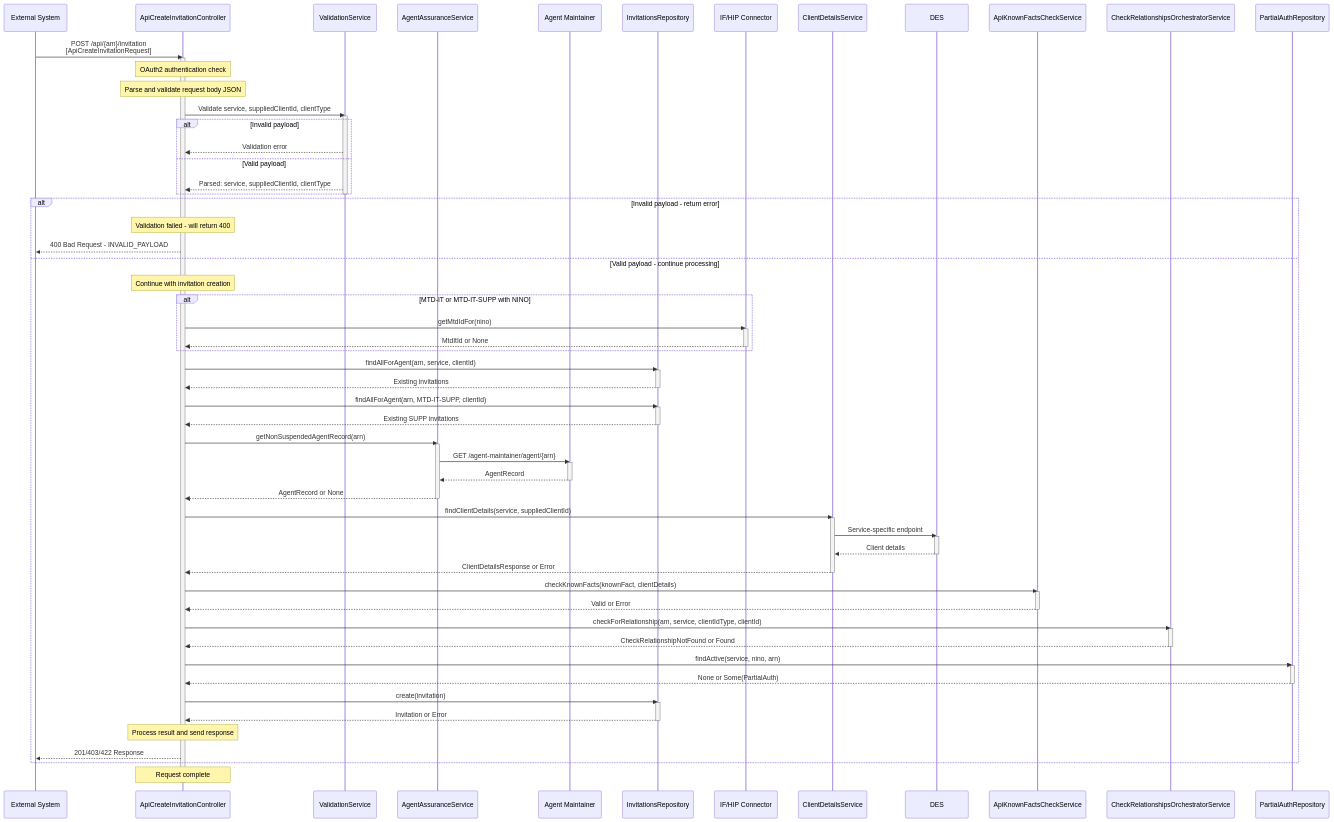
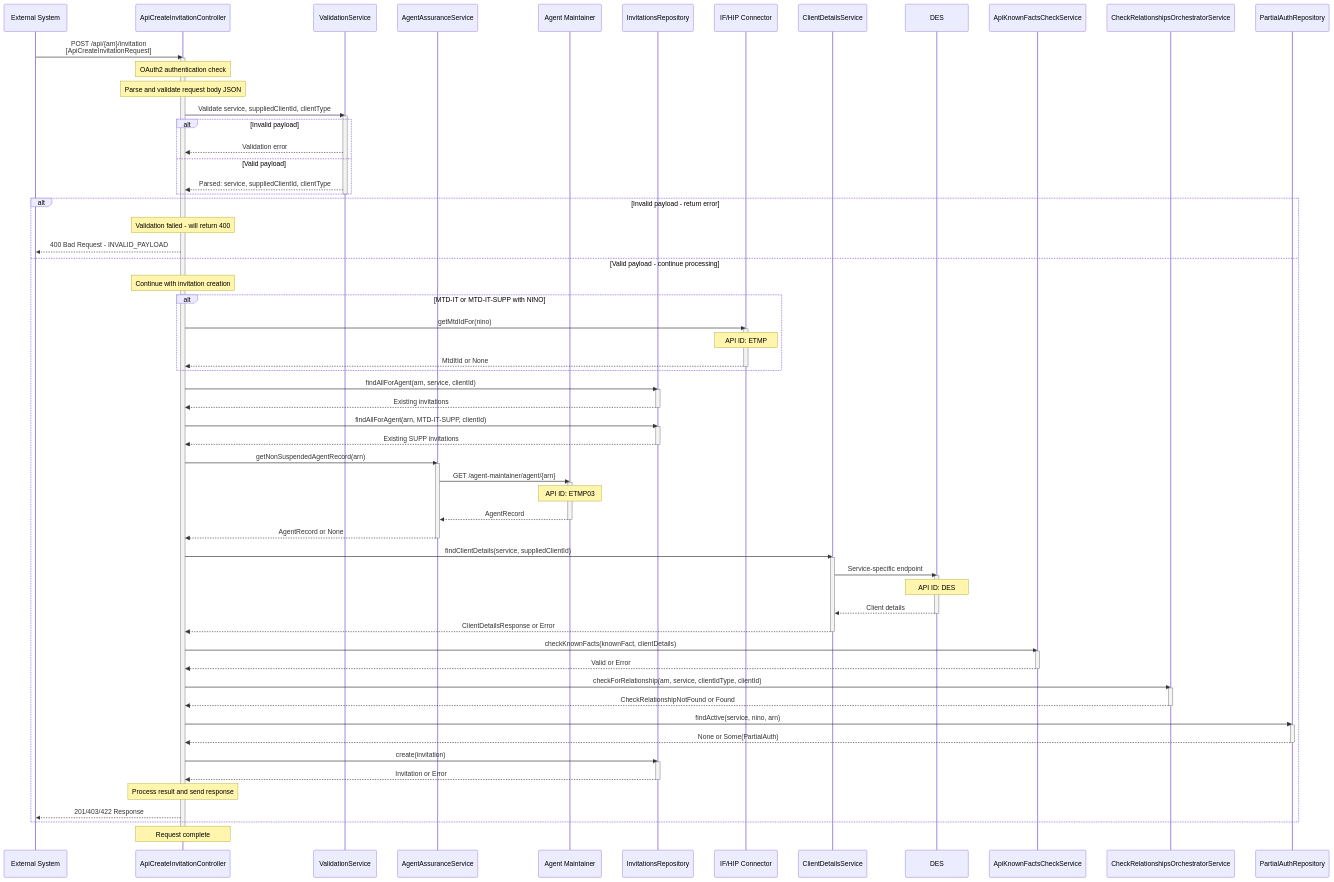
The diagram in service-dependency-map/agent-client-relationships/ACR31/ACR31.mmd (hmrc/agent-client-relationships), drawn with Mermaid before and after one commit. The commit also changed 88 other files, not shown here.

```diff
--- a/service-dependency-map/agent-client-relationships/ACR31/ACR31.mmd
+++ b/service-dependency-map/agent-client-relationships/ACR31/ACR31.mmd
@@ -1,103 +1,106 @@
 %% Last Updated: 2025-11-20
 %% Git Commit SHA: b2138b4e3958677748c1820c3d715d4fbb9d3b2c
 %% Analysis Version: 1.0
 
 sequenceDiagram
     participant ExtSys as External System
     participant ACIC as ApiCreateInvitationController
     participant VS as ValidationService
     participant AAS as AgentAssuranceService
     participant AM as Agent Maintainer
     participant IR as InvitationsRepository
     participant IFOrHIP as IF/HIP Connector
     participant CDS as ClientDetailsService
     participant DES as DES
     participant AKFCS as ApiKnownFactsCheckService
     participant CROS as CheckRelationshipsOrchestratorService
     participant PAuthRepo as PartialAuthRepository
 
     ExtSys->>ACIC: POST /api/{arn}/invitation<br/>[ApiCreateInvitationRequest]
     activate ACIC
 
     Note over ACIC: OAuth2 authentication check
 
     Note over ACIC: Parse and validate request body JSON
 
     ACIC->>VS: Validate service, suppliedClientId, clientType
     activate VS
 
     alt Invalid payload
         VS-->>ACIC: Validation error
     else Valid payload
         VS-->>ACIC: Parsed: service, suppliedClientId, clientType
     end
 
     deactivate VS
 
     alt Invalid payload - return error
         Note over ACIC: Validation failed - will return 400
         ACIC-->>ExtSys: 400 Bad Request - INVALID_PAYLOAD
     else Valid payload - continue processing
         Note over ACIC: Continue with invitation creation
 
         alt MTD-IT or MTD-IT-SUPP with NINO
             ACIC->>IFOrHIP: getMtdIdFor(nino)
             activate IFOrHIP
+            Note over IFOrHIP: API ID: ETMP
             IFOrHIP-->>ACIC: MtdItId or None
             deactivate IFOrHIP
         end
 
         ACIC->>IR: findAllForAgent(arn, service, clientId)
         activate IR
         IR-->>ACIC: Existing invitations
         deactivate IR
 
         ACIC->>IR: findAllForAgent(arn, MTD-IT-SUPP, clientId)
         activate IR
         IR-->>ACIC: Existing SUPP invitations
         deactivate IR
 
         ACIC->>AAS: getNonSuspendedAgentRecord(arn)
         activate AAS
         AAS->>AM: GET /agent-maintainer/agent/{arn}
         activate AM
+        Note over AM: API ID: ETMP03
         AM-->>AAS: AgentRecord
         deactivate AM
         AAS-->>ACIC: AgentRecord or None
         deactivate AAS
 
         ACIC->>CDS: findClientDetails(service, suppliedClientId)
         activate CDS
         CDS->>DES: Service-specific endpoint
         activate DES
+        Note over DES: API ID: DES
         DES-->>CDS: Client details
         deactivate DES
         CDS-->>ACIC: ClientDetailsResponse or Error
         deactivate CDS
 
         ACIC->>AKFCS: checkKnownFacts(knownFact, clientDetails)
         activate AKFCS
         AKFCS-->>ACIC: Valid or Error
         deactivate AKFCS
 
         ACIC->>CROS: checkForRelationship(arn, service, clientIdType, clientId)
         activate CROS
         CROS-->>ACIC: CheckRelationshipNotFound or Found
         deactivate CROS
 
         ACIC->>PAuthRepo: findActive(service, nino, arn)
         activate PAuthRepo
         PAuthRepo-->>ACIC: None or Some(PartialAuth)
         deactivate PAuthRepo
 
         ACIC->>IR: create(invitation)
         activate IR
         IR-->>ACIC: Invitation or Error
         deactivate IR
 
         Note over ACIC: Process result and send response
         ACIC-->>ExtSys: 201/403/422 Response
     end
 
     Note over ACIC: Request complete
     deactivate ACIC
```
